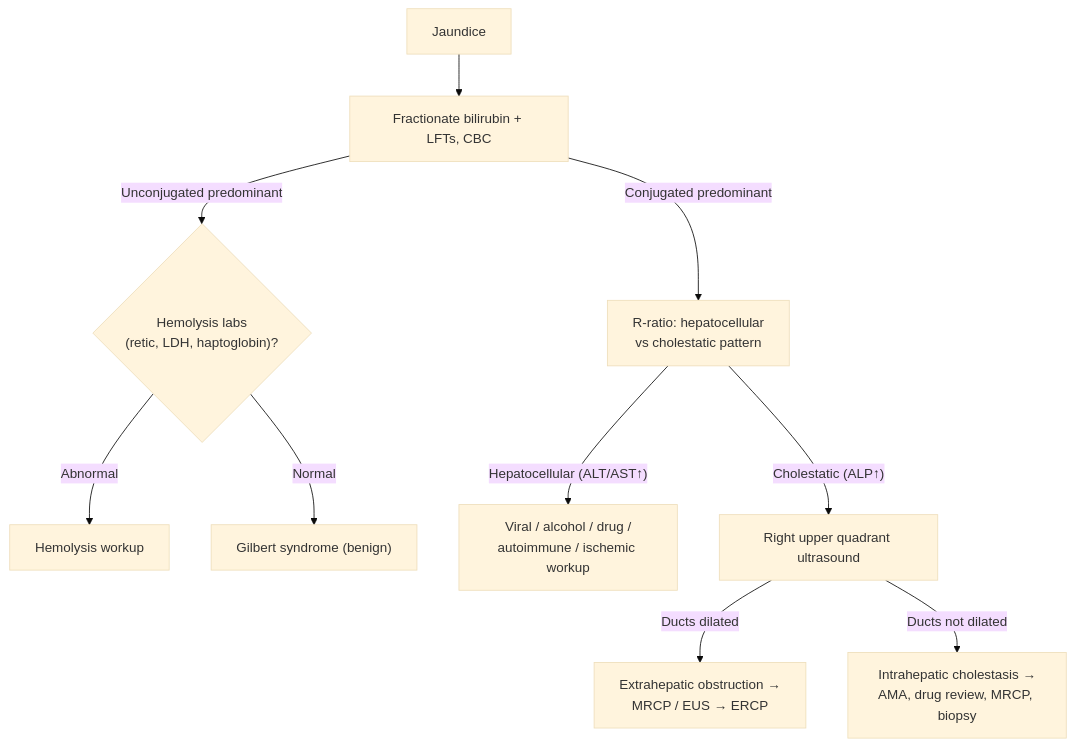
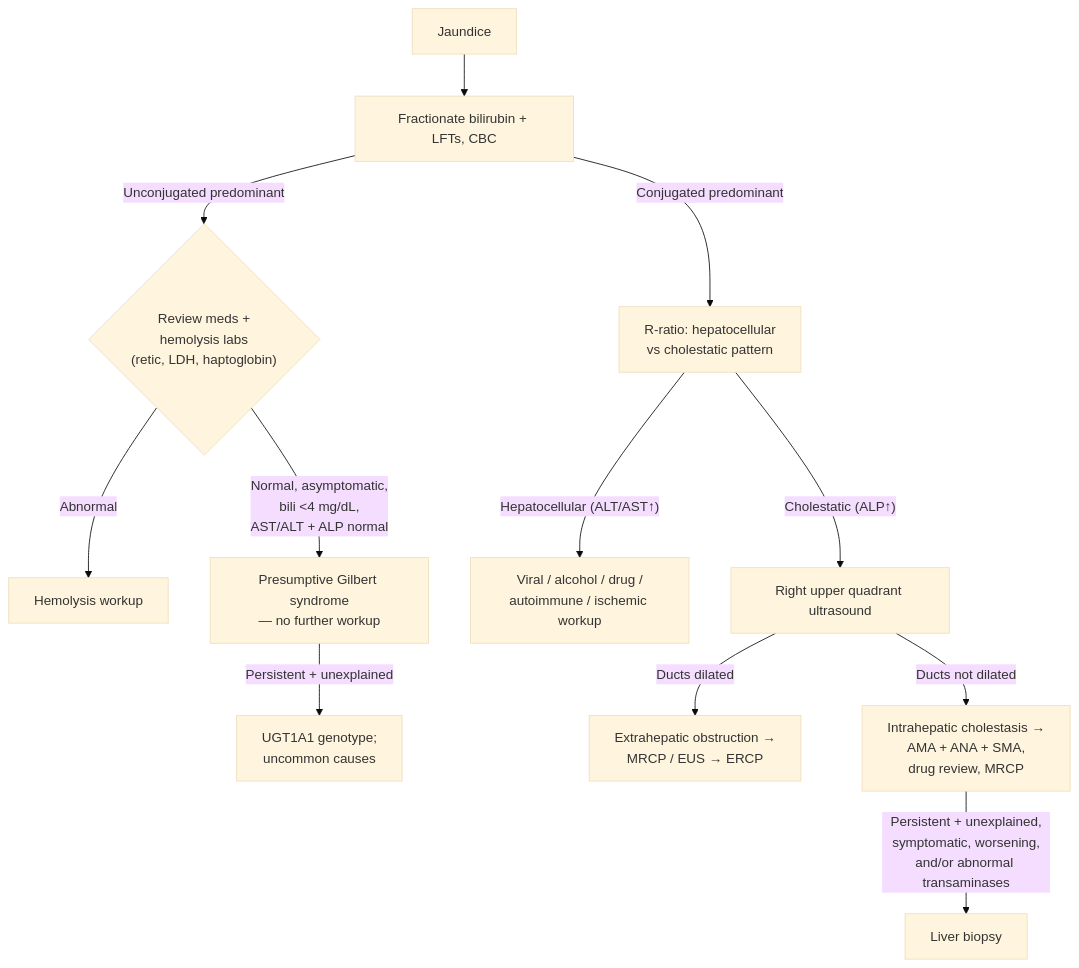
Before and after one commit to KHNickLeMD/KHNL-GI-Wiki: the diagram in KHNL-GI-Wiki/wiki/2-diagnostic-schemas/jaundice.md, drawn with Mermaid (base theme). The commit also changed other lines of this file and 22 other files, not shown here.

````diff
--- a/KHNL-GI-Wiki/wiki/2-diagnostic-schemas/jaundice.md
+++ b/KHNL-GI-Wiki/wiki/2-diagnostic-schemas/jaundice.md
@@ -61,12 +76,14 @@
 ```mermaid
 flowchart TD
     A["Jaundice"] --> B["Fractionate bilirubin + LFTs, CBC"]
-    B -->|"Unconjugated predominant"| C{"Hemolysis labs<br/>(retic, LDH, haptoglobin)?"}
-    C -->|Abnormal| D["Hemolysis workup"]
-    C -->|Normal| E["Gilbert syndrome (benign)"]
+    B -->|"Unconjugated predominant"| C{"Review meds +<br/>hemolysis labs<br/>(retic, LDH, haptoglobin)"}
+    C -->|"Abnormal"| D["Hemolysis workup"]
+    C -->|"Normal, asymptomatic,<br/>bili <4 mg/dL,<br/>AST/ALT + ALP normal"| E["Presumptive Gilbert syndrome<br/>— no further workup"]
+    E -->|"Persistent + unexplained"| E2["UGT1A1 genotype;<br/>uncommon causes"]
     B -->|"Conjugated predominant"| F["R-ratio: hepatocellular<br/>vs cholestatic pattern"]
     F -->|"Hepatocellular (ALT/AST↑)"| G["Viral / alcohol / drug /<br/>autoimmune / ischemic workup"]
     F -->|"Cholestatic (ALP↑)"| H["Right upper quadrant ultrasound"]
     H -->|"Ducts dilated"| I["Extrahepatic obstruction →<br/>MRCP / EUS → ERCP"]
-    H -->|"Ducts not dilated"| J["Intrahepatic cholestasis →<br/>AMA, drug review, MRCP, biopsy"]
+    H -->|"Ducts not dilated"| J["Intrahepatic cholestasis →<br/>AMA + ANA + SMA,<br/>drug review, MRCP"]
+    J -->|"Persistent + unexplained,<br/>symptomatic, worsening,<br/>and/or abnormal transaminases"| K["Liver biopsy"]
 ```
````
